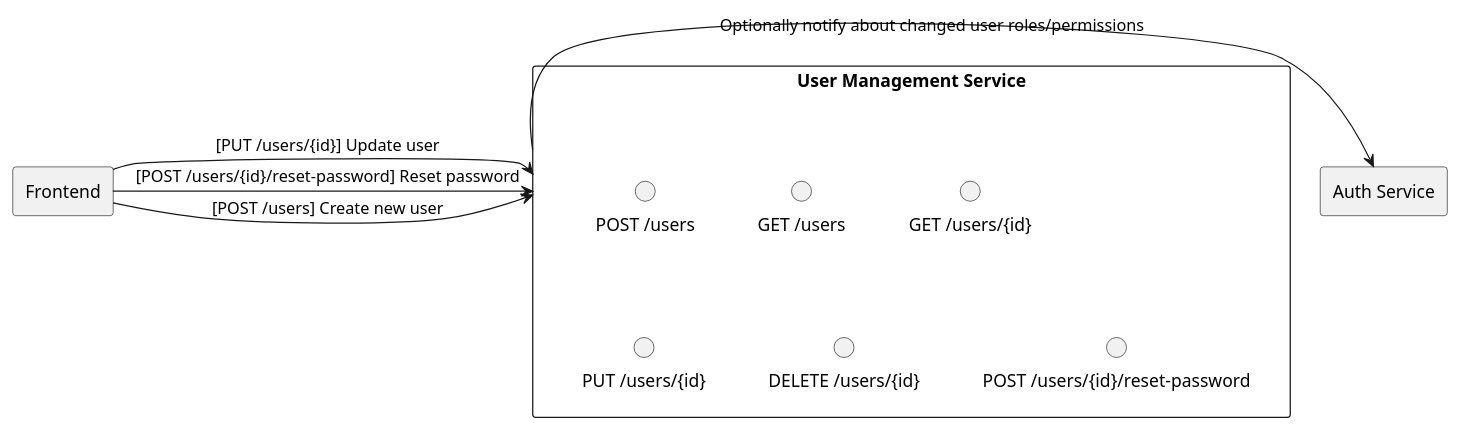
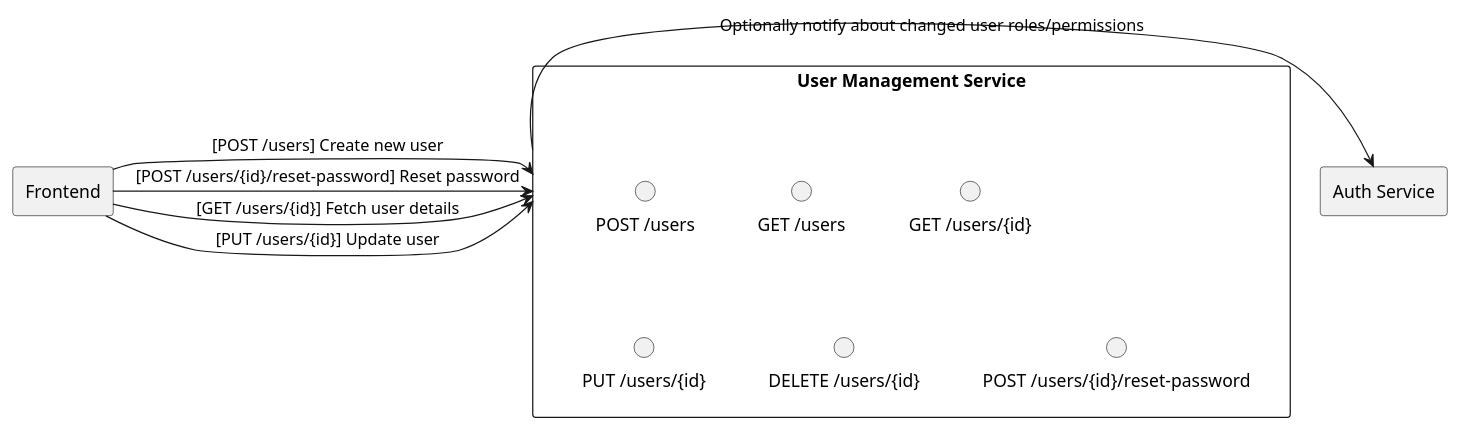
The first of 2 diagrams in README.md (doemefu/user-management-service), drawn with PlantUML before and after one commit. The commit also changed other lines of this file and 17 other files, not shown here.

````diff
--- a/README.md
+++ b/README.md
@@ -27,22 +34,23 @@
 ```plantuml
 @startuml
 
 rectangle "User Management Service" as UMS {
     interface "POST /users" as CREATE_USER
     interface "GET /users" as LIST_USERS
     interface "GET /users/{id}" as GET_USER
     interface "PUT /users/{id}" as UPDATE_USER
     interface "DELETE /users/{id}" as DELETE_USER
     interface "POST /users/{id}/reset-password" as RESET_PASSWORD
 }
 
 rectangle "Auth Service" as AUTH
 rectangle "Frontend" as FE
 
 FE -> UMS: [POST /users] Create new user
 FE -> UMS: [PUT /users/{id}] Update user
+FE -> UMS: [GET /users/{id}] Fetch user details
 FE -> UMS: [POST /users/{id}/reset-password] Reset password
 UMS -> AUTH: Optionally notify about changed user roles/permissions
 
 @enduml
 ```
````
